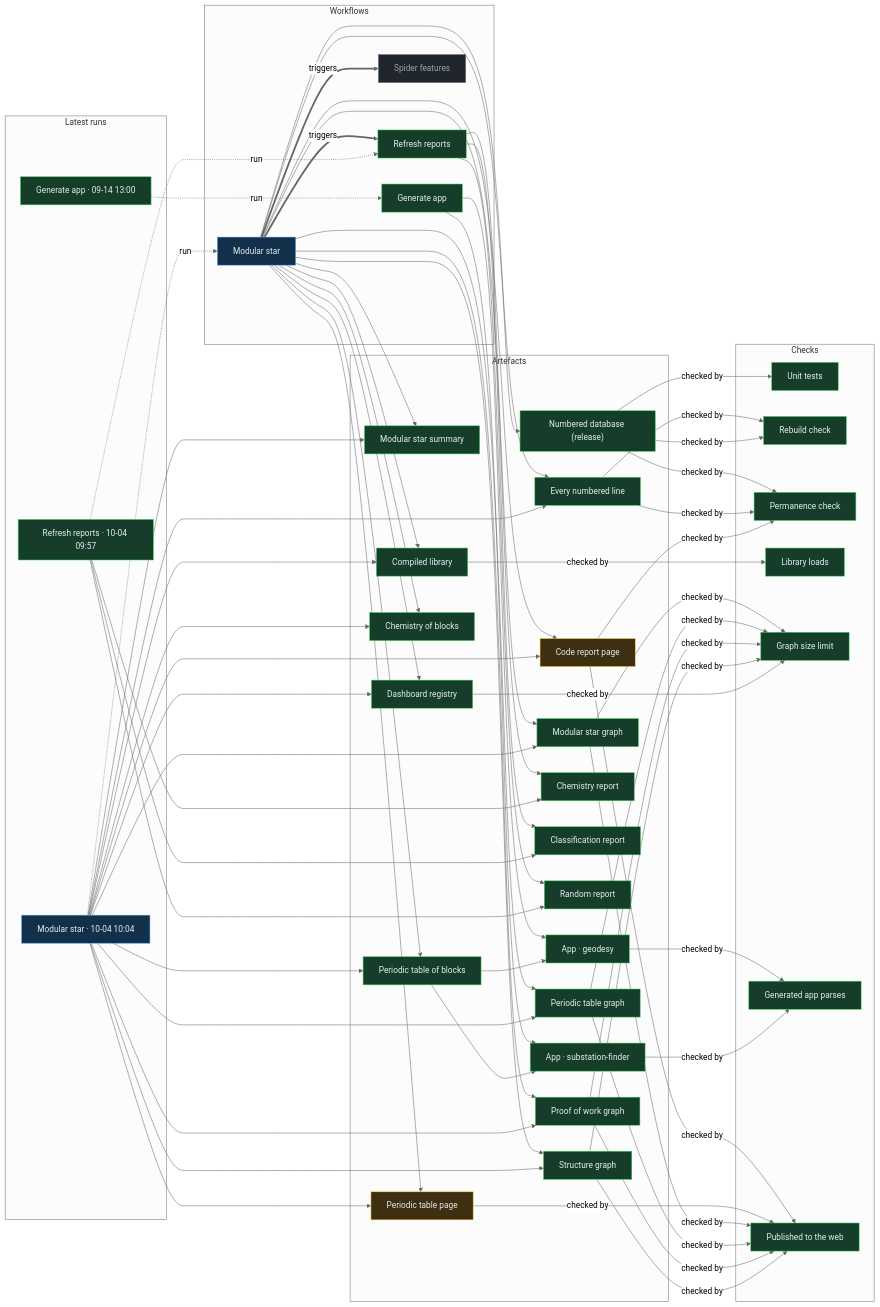
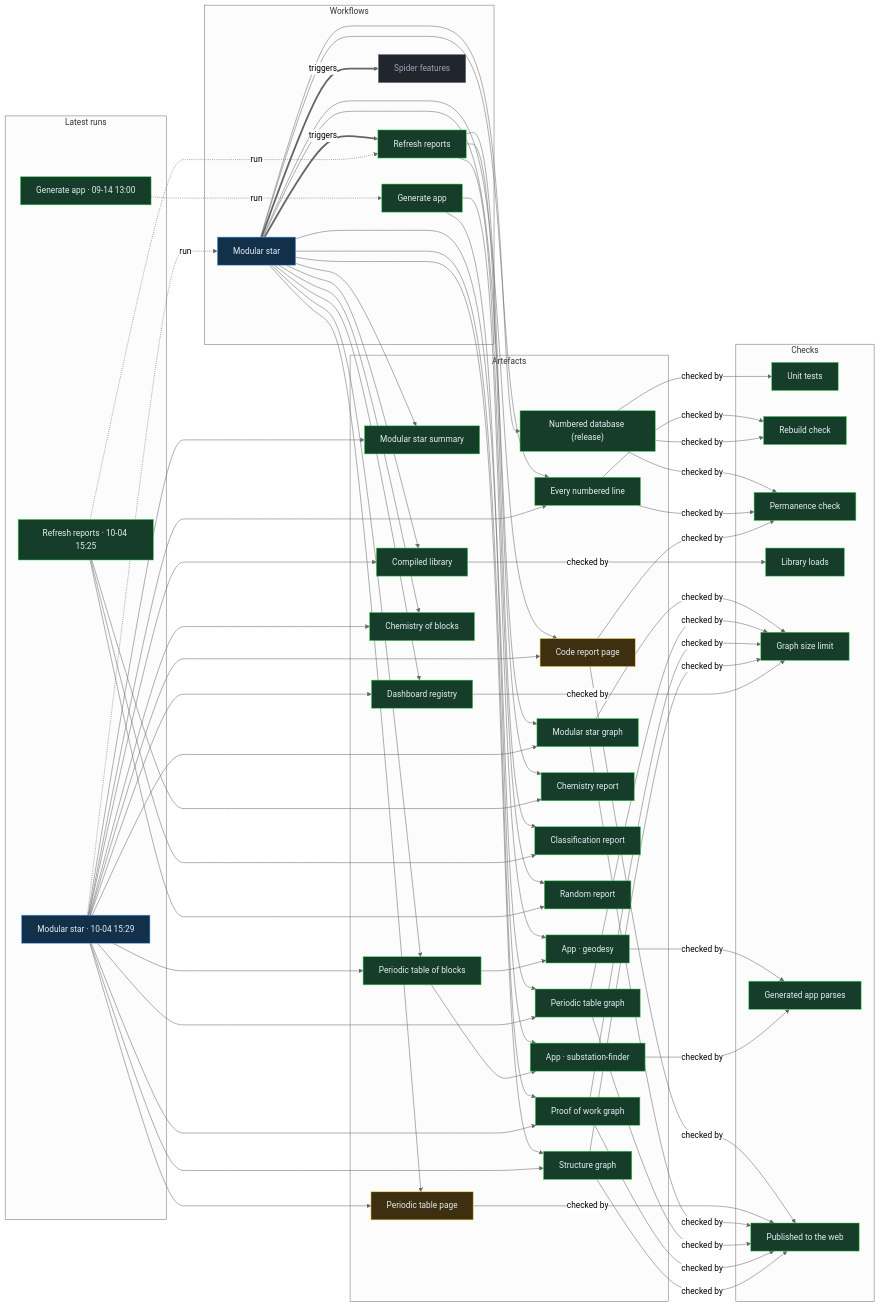
Before and after one commit to Ventusltd/stars: the diagram in proof/PROOF.md, drawn with Mermaid (neutral theme). The commit also changed other lines of this file and 136 other files, not shown here.

Commit message:
Modular star 2026-10-04T15:32Z

```diff
--- a/proof/PROOF.md
+++ b/proof/PROOF.md
@@ -24,8 +24,8 @@
   n_wf_spider_features["Spider features"]:::off
   end
   subgraph g_runs["Latest runs"]
-  n_run_37194154537["Modular star · 10-04 10:04"]:::live
-  n_run_37193788306["Refresh reports · 10-04 09:57"]:::ok
+  n_run_37213179575["Modular star · 10-04 15:29"]:::live
+  n_run_37212963711["Refresh reports · 10-04 15:25"]:::ok
   n_run_34846587798["Generate app · 09-14 13:00"]:::ok
   end
   subgraph g_artefacts["Artefacts"]
@@ -59,39 +59,39 @@
   end
   n_wf_modular_star == triggers ==> n_wf_refresh
   n_wf_modular_star == triggers ==> n_wf_spider_features
-  n_run_37194154537 -. run .-> n_wf_modular_star
-  n_run_37193788306 -. run .-> n_wf_refresh
+  n_run_37213179575 -. run .-> n_wf_modular_star
+  n_run_37212963711 -. run .-> n_wf_refresh
   n_run_34846587798 -. run .-> n_wf_generate
   n_wf_modular_star --> n_art_summary
-  n_run_37194154537 --> n_art_summary
+  n_run_37213179575 --> n_art_summary
   n_wf_modular_star --> n_art_lines
-  n_run_37194154537 --> n_art_lines
+  n_run_37213179575 --> n_art_lines
   n_wf_modular_star --> n_art_code
-  n_run_37194154537 --> n_art_code
+  n_run_37213179575 --> n_art_code
   n_wf_modular_star --> n_art_modular_graph
-  n_run_37194154537 --> n_art_modular_graph
+  n_run_37213179575 --> n_art_modular_graph
   n_wf_modular_star --> n_art_blocks
-  n_run_37194154537 --> n_art_blocks
+  n_run_37213179575 --> n_art_blocks
   n_wf_modular_star --> n_art_table
-  n_run_37194154537 --> n_art_table
+  n_run_37213179575 --> n_art_table
   n_wf_modular_star --> n_art_blocks_graph
-  n_run_37194154537 --> n_art_blocks_graph
+  n_run_37213179575 --> n_art_blocks_graph
   n_wf_modular_star --> n_art_reactions
-  n_run_37194154537 --> n_art_reactions
+  n_run_37213179575 --> n_art_reactions
   n_wf_modular_star --> n_art_library
-  n_run_37194154537 --> n_art_library
+  n_run_37213179575 --> n_art_library
   n_wf_modular_star --> n_art_features
-  n_run_37194154537 --> n_art_features
+  n_run_37213179575 --> n_art_features
   n_wf_modular_star --> n_art_proof
-  n_run_37194154537 --> n_art_proof
+  n_run_37213179575 --> n_art_proof
   n_wf_modular_star --> n_art_structure
-  n_run_37194154537 --> n_art_structure
+  n_run_37213179575 --> n_art_structure
   n_wf_refresh --> n_art_chemistry
-  n_run_37193788306 --> n_art_chemistry
+  n_run_37212963711 --> n_art_chemistry
   n_wf_refresh --> n_art_vedic
-  n_run_37193788306 --> n_art_vedic
+  n_run_37212963711 --> n_art_vedic
   n_wf_refresh --> n_art_random
-  n_run_37193788306 --> n_art_random
+  n_run_37212963711 --> n_art_random
   n_wf_modular_star --> n_art_release
   n_wf_generate --> n_app_geodesy
   n_art_blocks --> n_app_geodesy
```
